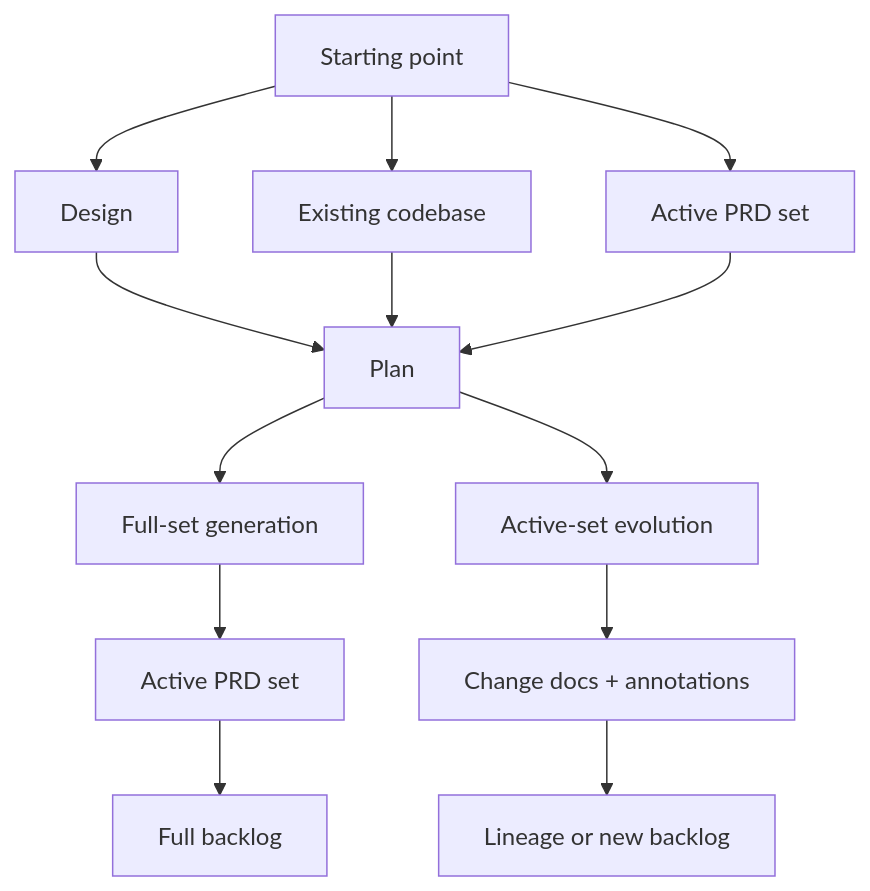
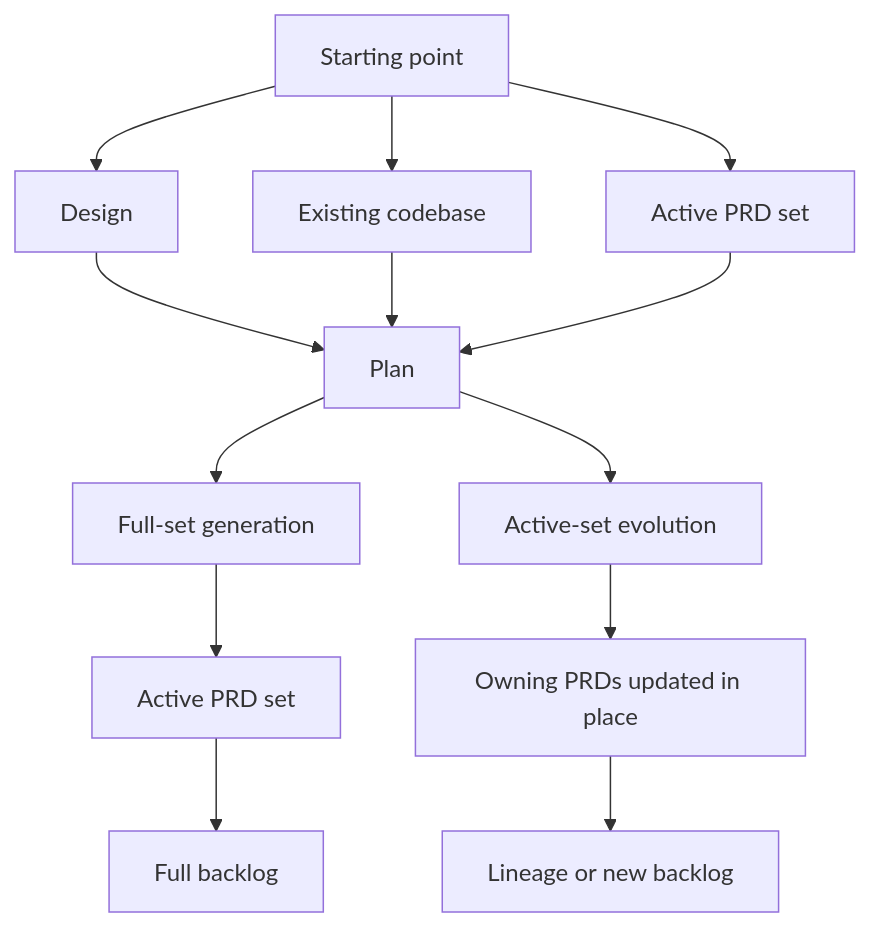
The diagram in docs/assets/user/workflows-how-make-docs-stages-fit-together.md (brucewaynedecoy/make-docs), drawn with Mermaid before and after one commit. The commit also changed other lines of this file and 13 other files, not shown here.

````diff
--- a/docs/assets/user/workflows-how-make-docs-stages-fit-together.md
+++ b/docs/assets/user/workflows-how-make-docs-stages-fit-together.md
@@ -48,19 +48,19 @@
 ```mermaid
 flowchart TD
     A["Starting point"] --> B["Design"]
     A --> C["Existing codebase"]
     A --> D["Active PRD set"]
 
     B --> E["Plan"]
     C --> E
     D --> E
 
     E --> F["Full-set generation"]
     E --> G["Active-set evolution"]
 
     F --> H["Active PRD set"]
     H --> I["Full backlog"]
 
-    G --> J["Change docs + annotations"]
+    G --> J["Owning PRDs updated in place"]
     J --> K["Lineage or new backlog"]
 ```
````
